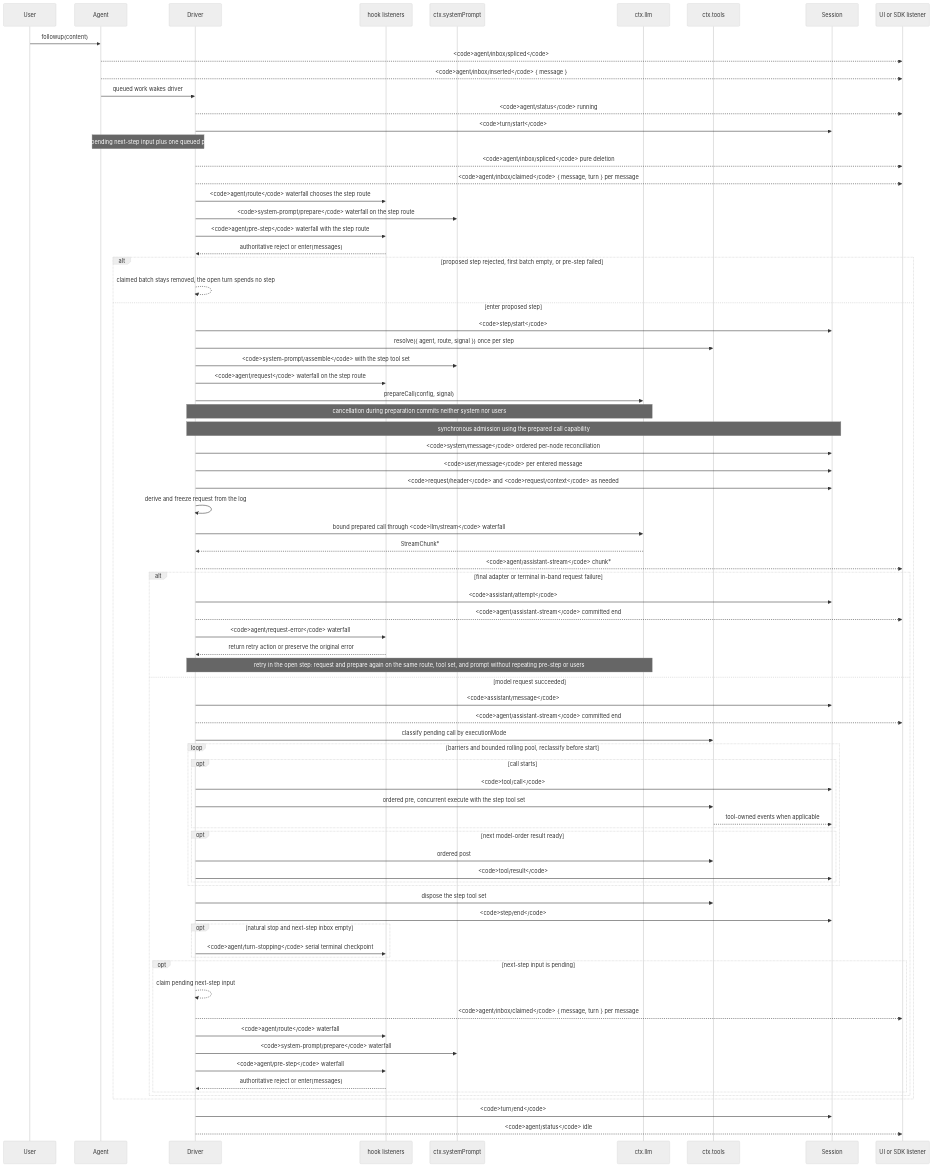
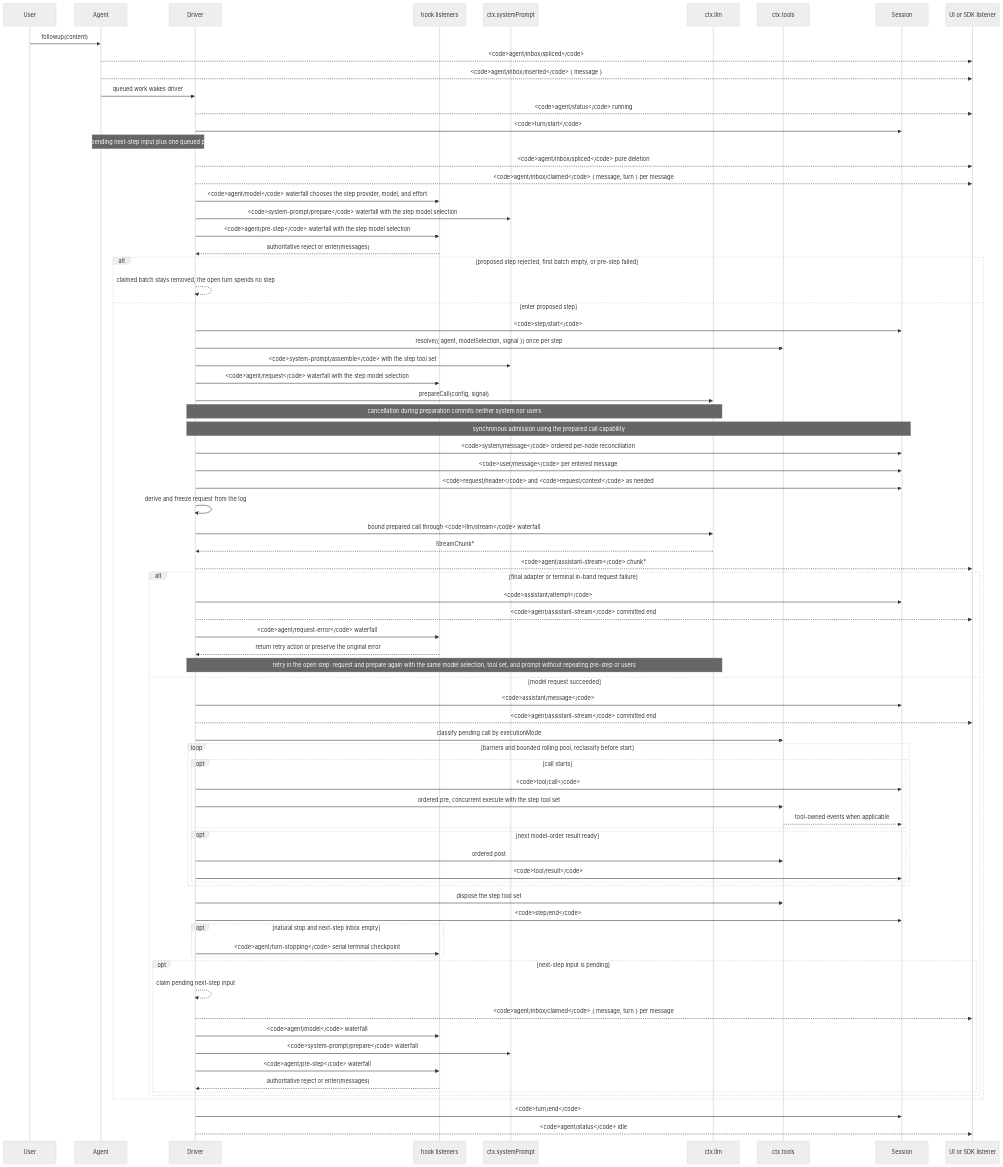
One commit to 0xuana/deepseek-harness changed the diagram in docs/agent-lifecycle.zh.md. Above: the diagram before and after it, drawn with Mermaid (neutral theme). The commit also changed other lines of this file and 105 other files, not shown here.

First line of the commit message:
feat(agent): choose provider, model, and effort through agent/model

````diff
--- a/docs/agent-lifecycle.zh.md
+++ b/docs/agent-lifecycle.zh.md
@@ -10,80 +10,80 @@
 ```mermaid
 sequenceDiagram
   participant User
   participant Agent
   participant Driver
   participant Hooks as hook listeners
   participant Prompt as ctx.systemPrompt
   participant LLM as ctx.llm
   participant Tools as ctx.tools
   participant Session
   participant SDK as UI or SDK listener
   User->>Agent: followup(content)
   Agent-->>SDK: <code>agent/inbox/spliced</code>
   Agent-->>SDK: <code>agent/inbox/inserted</code> { message }
   Agent->>Driver: queued work wakes driver
   Driver-->>SDK: <code>agent/status</code> running
   Driver->>Session: <code>turn/start</code>
   Note over Agent,Driver: claim pending next-step input plus one queued prompt
   Driver-->>SDK: <code>agent/inbox/spliced</code> pure deletion
   Driver-->>SDK: <code>agent/inbox/claimed</code> { message, turn } per message
-  Driver->>Hooks: <code>agent/route</code> waterfall chooses the step route
-  Driver->>Prompt: <code>system-prompt/prepare</code> waterfall on the step route
-  Driver->>Hooks: <code>agent/pre-step</code> waterfall with the step route
+  Driver->>Hooks: <code>agent/model</code> waterfall chooses the step provider, model, and effort
+  Driver->>Prompt: <code>system-prompt/prepare</code> waterfall with the step model selection
+  Driver->>Hooks: <code>agent/pre-step</code> waterfall with the step model selection
   Hooks-->>Driver: authoritative reject or enter(messages)
   alt proposed step rejected, first batch empty, or pre-step failed
     Driver-->>Driver: claimed batch stays removed, the open turn spends no step
   else enter proposed step
   Driver->>Session: <code>step/start</code>
-  Driver->>Tools: resolve({ agent, route, signal }) once per step
+  Driver->>Tools: resolve({ agent, modelSelection, signal }) once per step
   Driver->>Prompt: <code>system-prompt/assemble</code> with the step tool set
-  Driver->>Hooks: <code>agent/request</code> waterfall on the step route
+  Driver->>Hooks: <code>agent/request</code> waterfall with the step model selection
   Driver->>LLM: prepareCall(config, signal)
   Note over Driver,LLM: cancellation during preparation commits neither system nor users
   Note over Driver,Session: synchronous admission using the prepared call capability
   Driver->>Session: <code>system/message</code> ordered per-node reconciliation
   Driver->>Session: <code>user/message</code> per entered message
   Driver->>Session: <code>request/header</code> and <code>request/context</code> as needed
   Driver->>Driver: derive and freeze request from the log
   Driver->>LLM: bound prepared call through <code>llm/stream</code> waterfall
   LLM-->>Driver: StreamChunk*
   Driver-->>SDK: <code>agent/assistant-stream</code> chunk*
   alt final adapter or terminal in-band request failure
     Driver->>Session: <code>assistant/attempt</code>
     Driver-->>SDK: <code>agent/assistant-stream</code> committed end
     Driver->>Hooks: <code>agent/request-error</code> waterfall
     Hooks-->>Driver: return retry action or preserve the original error
-    Note over Driver,LLM: retry in the open step: request and prepare again on the same route, tool set, and prompt without repeating pre-step or users
+    Note over Driver,LLM: retry in the open step: request and prepare again with the same model selection, tool set, and prompt without repeating pre-step or users
   else model request succeeded
   Driver->>Session: <code>assistant/message</code>
   Driver-->>SDK: <code>agent/assistant-stream</code> committed end
   Driver->>Tools: classify pending call by executionMode
   loop barriers and bounded rolling pool, reclassify before start
     opt call starts
       Driver->>Session: <code>tool/call</code>
       Driver->>Tools: ordered pre, concurrent execute with the step tool set
       Tools-->>Session: tool-owned events when applicable
     end
     opt next model-order result ready
       Driver->>Tools: ordered post
       Driver->>Session: <code>tool/result</code>
     end
   end
   Driver->>Tools: dispose the step tool set
   Driver->>Session: <code>step/end</code>
   opt natural stop and next-step inbox empty
     Driver->>Hooks: <code>agent/turn-stopping</code> serial terminal checkpoint
   end
   opt next-step input is pending
     Driver-->>Driver: claim pending next-step input
     Driver-->>SDK: <code>agent/inbox/claimed</code> { message, turn } per message
-    Driver->>Hooks: <code>agent/route</code> waterfall
+    Driver->>Hooks: <code>agent/model</code> waterfall
     Driver->>Prompt: <code>system-prompt/prepare</code> waterfall
     Driver->>Hooks: <code>agent/pre-step</code> waterfall
     Hooks-->>Driver: authoritative reject or enter(messages)
   end
   end
   end
   Driver->>Session: <code>turn/end</code>
   Driver-->>SDK: <code>agent/status</code> idle
 ```
````
